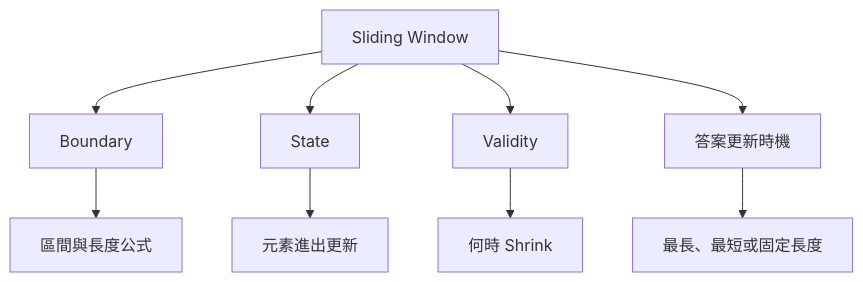
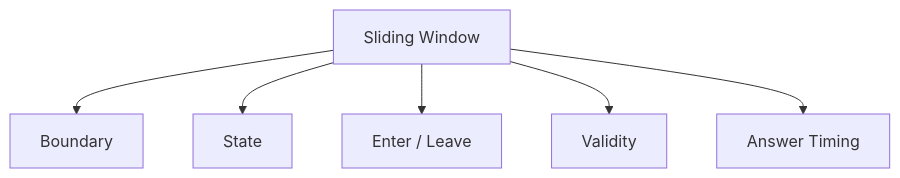
The third of 12 diagrams in 03_core_patterns/13_sliding_window.md (davidchen0970/algorithm_note), drawn with Mermaid before and after one commit. The commit also changed other lines of this file, not shown here.

````diff
--- a/03_core_patterns/13_sliding_window.md
+++ b/03_core_patterns/13_sliding_window.md
@@ -138,11 +172,8 @@
 ```mermaid
 flowchart TD
-    A[Sliding Window] --> B[Boundary]
-    A --> C[State]
-    A --> D[Validity]
-    A --> E[答案更新時機]
-    B --> F[區間與長度公式]
-    C --> G[元素進出更新]
-    D --> H[何時 Shrink]
-    E --> I[最長、最短或固定長度]
+    A["Sliding Window"] --> B["Boundary"]
+    A --> C["State"]
+    A --> D["Enter / Leave"]
+    A --> E["Validity"]
+    A --> F["Answer Timing"]
 ```
````
